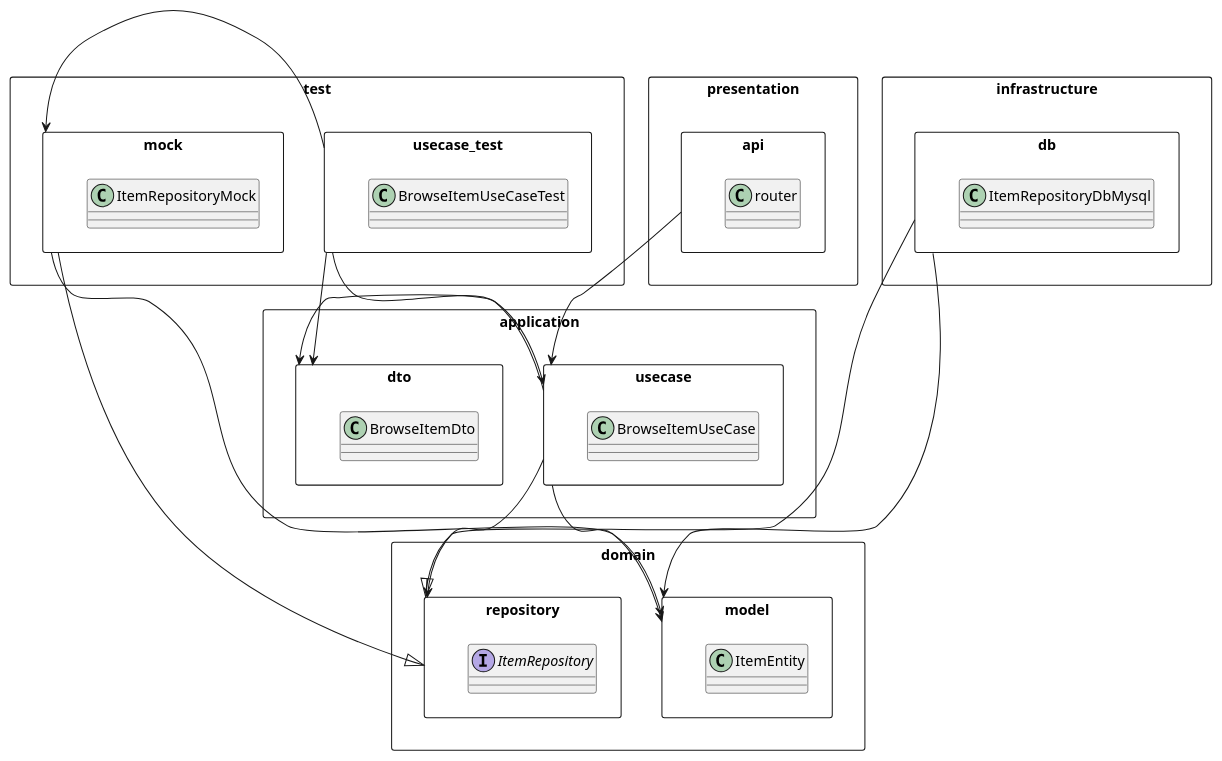
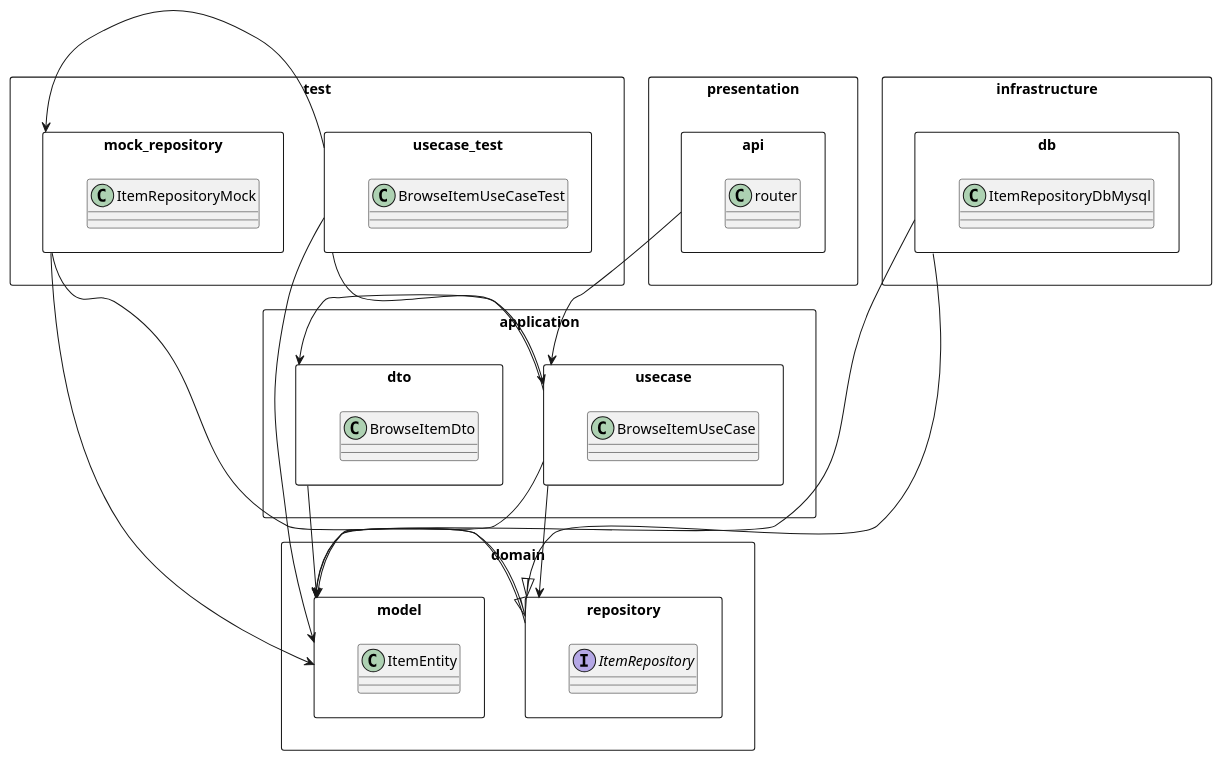
One commit to kenta4327/example-of-ec-site changed the diagram in docs/class/class.pu. Above: the diagram before and after it, drawn with PlantUML. The commit also changed 12 other files, not shown here.

```diff
--- a/docs/class/class.pu
+++ b/docs/class/class.pu
@@ -1,56 +1,58 @@
 @startuml class
 
 package presentation <<Rectangle>> {
     package api <<Rectangle>> {
         class router
     }
 }
 
 package test <<Rectangle>> {
     package usecase_test <<Rectangle>> {
         class BrowseItemUseCaseTest
     }
-    package mock <<Rectangle>> {
+    package mock_repository <<Rectangle>> {
         class ItemRepositoryMock
     }
 }
 
 package infrastructure <<Rectangle>> {
     package db <<Rectangle>> {
         class ItemRepositoryDbMysql
     }
 }
 
 package application <<Rectangle>> {
     package usecase <<Rectangle>> {
         class BrowseItemUseCase
     }
     package dto <<Rectangle>> {
         class BrowseItemDto
     }
 }
 
 package domain <<Rectangle>> {
     package repository <<Rectangle>> {
         Interface ItemRepository
     }
 
     package model <<Rectangle>> {
         class ItemEntity
     }
 }
 
 api --> usecase
 db ---|> repository
 db ---> model
 usecase -> dto
 usecase --> repository
 usecase --> model
+dto --> model
+repository -> model
 
-usecase_test -> mock
+usecase_test -> mock_repository
 usecase_test --> usecase
-usecase_test --> dto
-mock ---|> repository
-mock ---> model
+usecase_test ---> model
+mock_repository ---|> repository
+mock_repository ---> model
 
 @enduml
```
